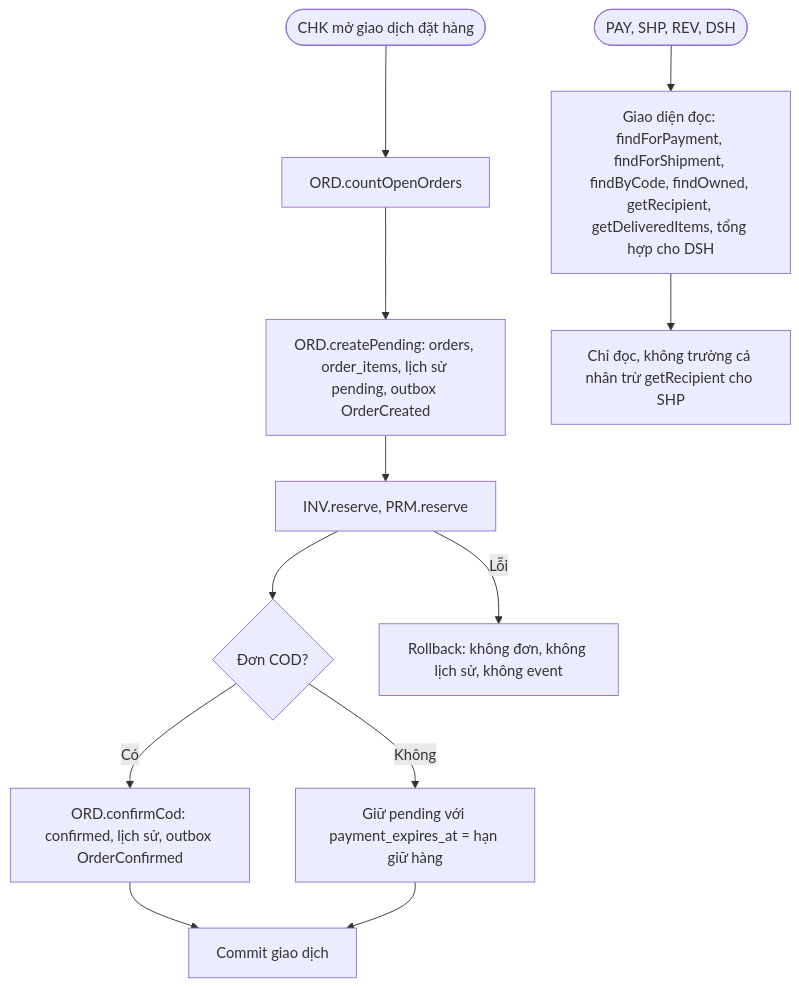
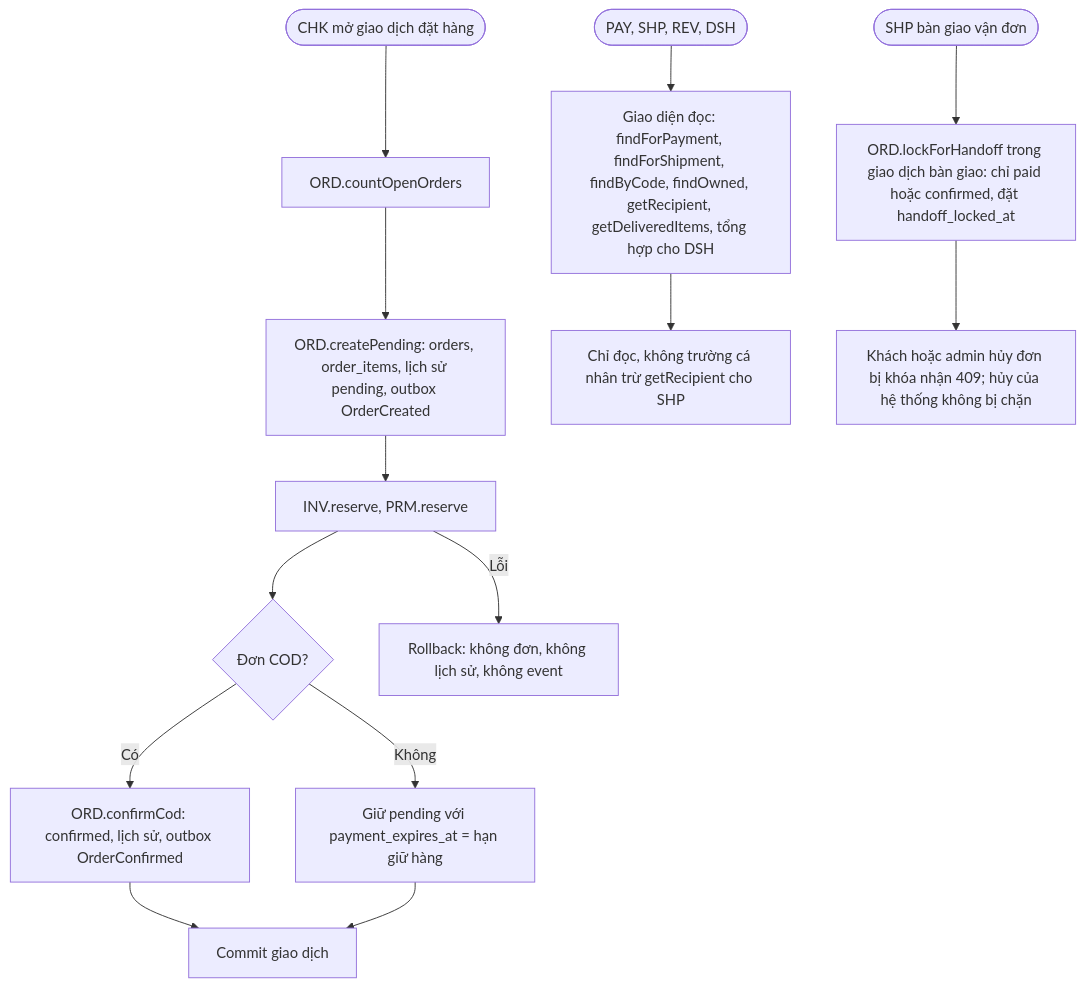
Before and after one commit to bvminh-dev/Min-SDLC: the third of 3 diagrams in spec/epics/ORD/flows/ORD-FLOW-20261006-092320857.md, drawn with Mermaid. The commit also changed other lines of this file and 1457 other files, not shown here.

````diff
--- a/spec/epics/ORD/flows/ORD-FLOW-20261006-092320857.md
+++ b/spec/epics/ORD/flows/ORD-FLOW-20261006-092320857.md
@@ -98,14 +101,16 @@
 ```mermaid
 flowchart TD
     K([CHK mở giao dịch đặt hàng]) --> K1[ORD.countOpenOrders]
     K1 --> K2[ORD.createPending: orders, order_items, lịch sử pending, outbox OrderCreated]
     K2 --> K3[INV.reserve, PRM.reserve]
     K3 --> K4{Đơn COD?}
     K4 -- Có --> K5[ORD.confirmCod: confirmed, lịch sử, outbox OrderConfirmed]
     K4 -- Không --> K6[Giữ pending với payment_expires_at = hạn giữ hàng]
     K5 --> K7[Commit giao dịch]
     K6 --> K7
     K3 -- Lỗi --> K8[Rollback: không đơn, không lịch sử, không event]
     R1([PAY, SHP, REV, DSH]) --> R2[Giao diện đọc: findForPayment, findForShipment, findByCode, findOwned, getRecipient, getDeliveredItems, tổng hợp cho DSH]
     R2 --> R3[Chỉ đọc, không trường cá nhân trừ getRecipient cho SHP]
+    B([SHP bàn giao vận đơn]) --> B1[ORD.lockForHandoff trong giao dịch bàn giao: chỉ paid hoặc confirmed, đặt handoff_locked_at]
+    B1 --> B2[Khách hoặc admin hủy đơn bị khóa nhận 409; hủy của hệ thống không bị chặn]
 ```
````
